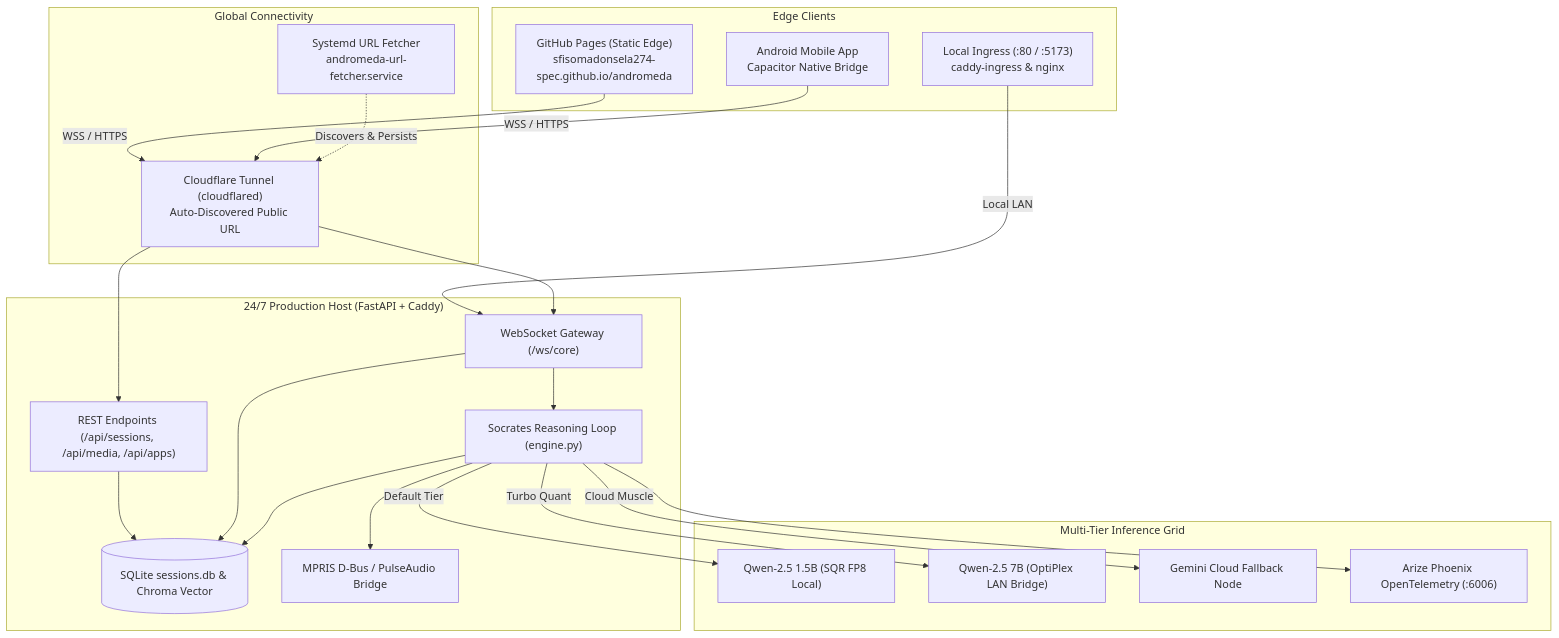
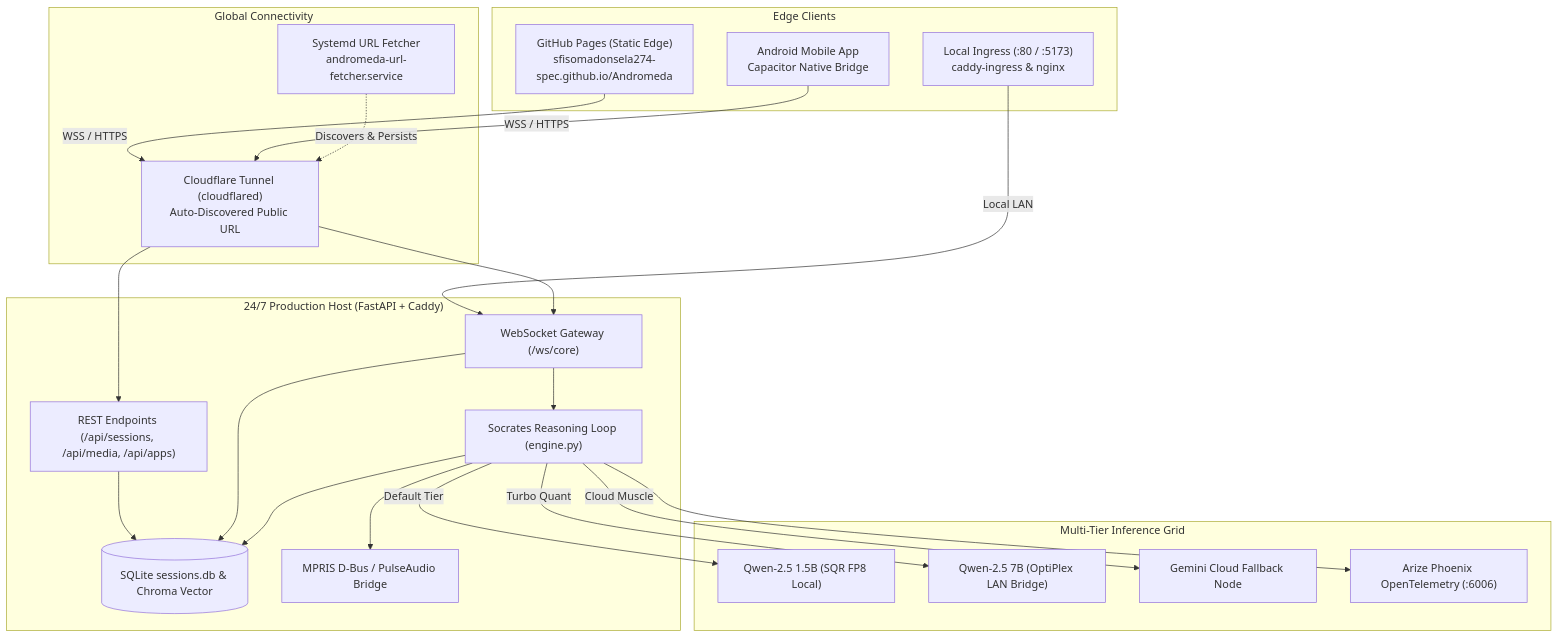
One commit to sfisomadonsela274-spec/Andromeda changed the diagram in README.md. Above: the diagram before and after it, drawn with Mermaid. The commit also changed other lines of this file and 3 other files, not shown here.

Commit message:
Update GitHub Pages and repository URLs to match repository casing

````diff
--- a/README.md
+++ b/README.md
@@ -35,46 +35,46 @@
 ```mermaid
 flowchart TD
     subgraph Clients["Edge Clients"]
-        GHPages["GitHub Pages (Static Edge)<br/>sfisomadonsela274-spec.github.io/andromeda"]
+        GHPages["GitHub Pages (Static Edge)<br/>sfisomadonsela274-spec.github.io/Andromeda"]
         LocalBrowser["Local Ingress (:80 / :5173)<br/>caddy-ingress & nginx"]
         MobileApp["Android Mobile App<br/>Capacitor Native Bridge"]
     end
 
     subgraph Tunnel["Global Connectivity"]
         CFTunnel["Cloudflare Tunnel (cloudflared)<br/>Auto-Discovered Public URL"]
         URLFetcher["Systemd URL Fetcher<br/>andromeda-url-fetcher.service"]
     end
 
     subgraph CoreBackend["24/7 Production Host (FastAPI + Caddy)"]
         WS["WebSocket Gateway (/ws/core)"]
         REST["REST Endpoints (/api/sessions, /api/media, /api/apps)"]
         DB[(SQLite sessions.db & Chroma Vector)]
         MPRIS["MPRIS D-Bus / PulseAudio Bridge"]
         Engine["Socrates Reasoning Loop (engine.py)"]
     end
 
     subgraph AIModels["Multi-Tier Inference Grid"]
         Local15B["Qwen-2.5 1.5B (SQR FP8 Local)"]
         Opti7B["Qwen-2.5 7B (OptiPlex LAN Bridge)"]
         CloudGemini["Gemini Cloud Fallback Node"]
         Phoenix["Arize Phoenix OpenTelemetry (:6006)"]
     end
 
     GHPages -->|WSS / HTTPS| CFTunnel
     LocalBrowser -->|Local LAN| WS
     MobileApp -->|WSS / HTTPS| CFTunnel
     CFTunnel --> WS
     CFTunnel --> REST
     URLFetcher -.->|Discovers & Persists| CFTunnel
 
     WS --> Engine
     REST --> DB
     WS --> DB
     Engine --> DB
     Engine --> MPRIS
     Engine --> Phoenix
 
     Engine -->|Default Tier| Local15B
     Engine -->|Turbo Quant| Opti7B
     Engine -->|Cloud Muscle| CloudGemini
 ```
````
